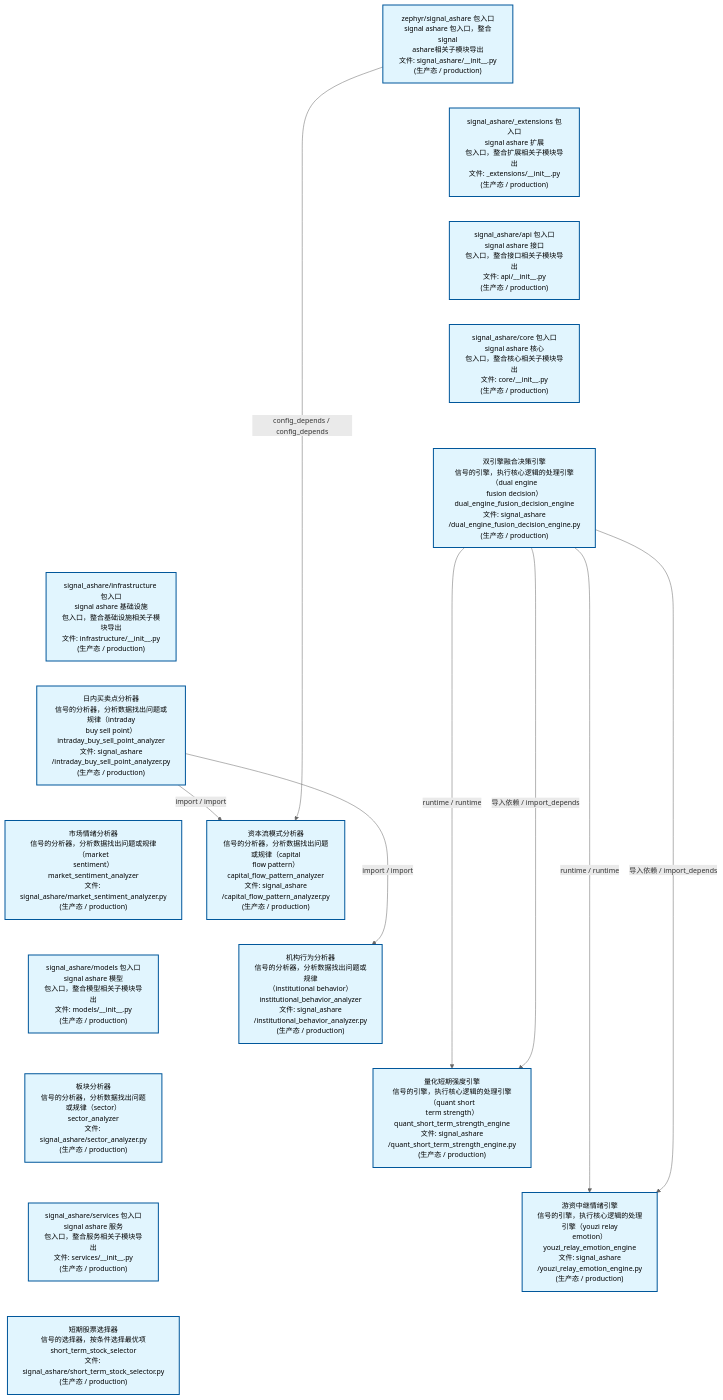
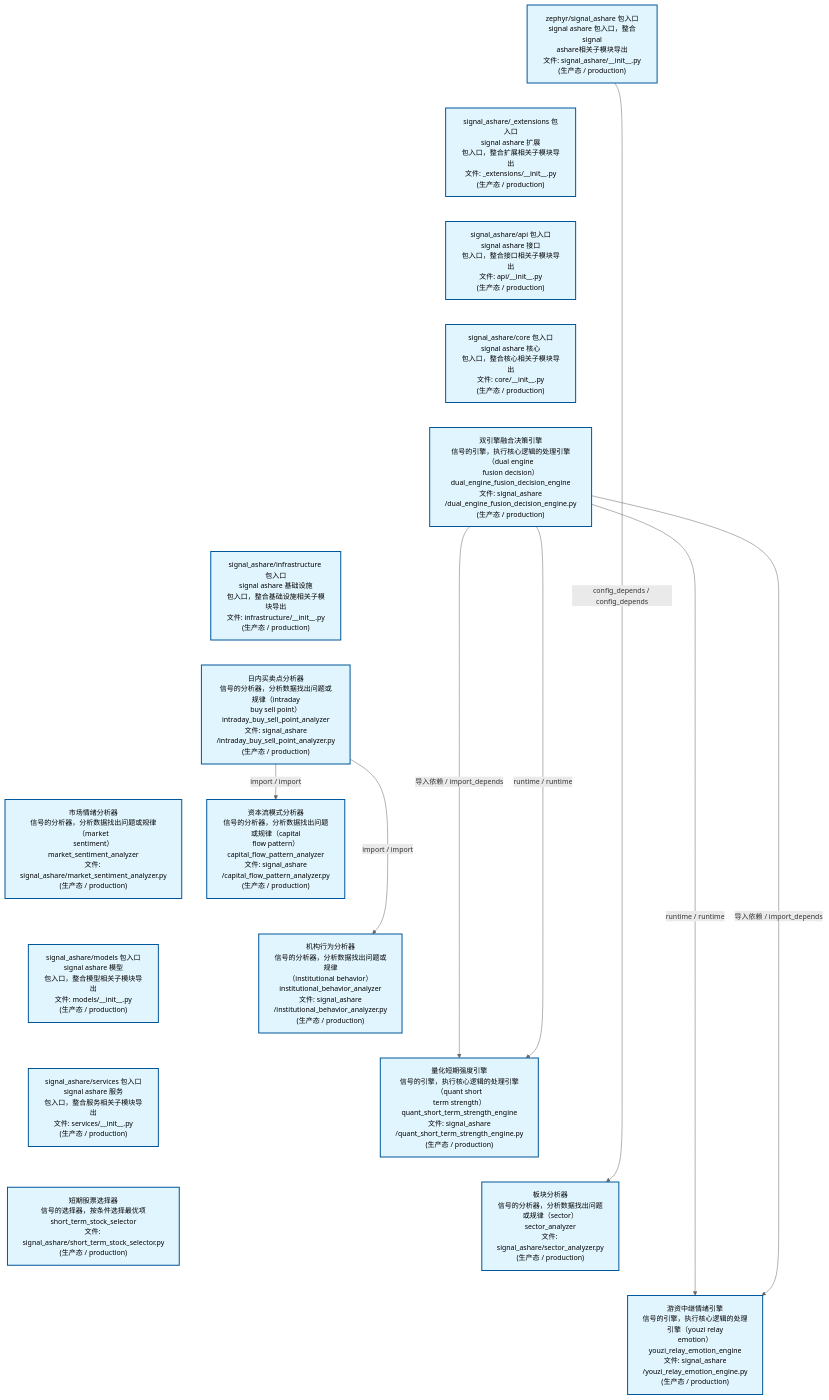
The second of 4 diagrams in docs/02_enterprise_architecture/02_domain_architecture_docs/32_d_ashare_signal.md (xuanFelixVan/ZephyrAlpha), drawn with Mermaid before and after one commit. The commit also changed other lines of this file and 50 other files, not shown here.

````diff
--- a/docs/02_enterprise_architecture/02_domain_architecture_docs/32_d_ashare_signal.md
+++ b/docs/02_enterprise_architecture/02_domain_architecture_docs/32_d_ashare_signal.md
@@ -163,46 +163,46 @@
 ```mermaid
 %%{init: {'theme': 'base', 'themeVariables': {'primaryColor': '#eaeaea', 'primaryTextColor': '#333333', 'primaryBorderColor': '#666666', 'lineColor': '#666666', 'secondaryColor': '#eaeaea', 'tertiaryColor': '#eaeaea', 'fontSize': '14px'}}}%%
 flowchart TD
     src_zephyr_signal_ashare_init_py["zephyr/signal_ashare 包入口<br/>signal ashare 包入口，整合signal<br/>ashare相关子模块导出<br/>文件: signal_ashare/__init__.py<br/>(生产态 / production)"]
     src_zephyr_signal_ashare_extensions_init_py["signal_ashare/_extensions 包入口<br/>signal ashare 扩展<br/>包入口，整合扩展相关子模块导出<br/>文件: _extensions/__init__.py<br/>(生产态 / production)"]
     src_zephyr_signal_ashare_api_init_py["signal_ashare/api 包入口<br/>signal ashare 接口<br/>包入口，整合接口相关子模块导出<br/>文件: api/__init__.py<br/>(生产态 / production)"]
     src_zephyr_signal_ashare_core_init_py["signal_ashare/core 包入口<br/>signal ashare 核心<br/>包入口，整合核心相关子模块导出<br/>文件: core/__init__.py<br/>(生产态 / production)"]
     src_zephyr_signal_ashare_dual_engine_fusion_decision_engine_py["双引擎融合决策引擎<br/>信号的引擎，执行核心逻辑的处理引擎（dual engine<br/>fusion decision）<br/>dual_engine_fusion_decision_engine<br/>文件: signal_ashare<br/>/dual_engine_fusion_decision_engine.py<br/>(生产态 / production)"]
     src_zephyr_signal_ashare_infrastructure_init_py["signal_ashare/infrastructure 包入口<br/>signal ashare 基础设施<br/>包入口，整合基础设施相关子模块导出<br/>文件: infrastructure/__init__.py<br/>(生产态 / production)"]
     src_zephyr_signal_ashare_intraday_buy_sell_point_analyzer_py["日内买卖点分析器<br/>信号的分析器，分析数据找出问题或规律（intraday<br/>buy sell point）<br/>intraday_buy_sell_point_analyzer<br/>文件: signal_ashare<br/>/intraday_buy_sell_point_analyzer.py<br/>(生产态 / production)"]
     src_zephyr_signal_ashare_market_sentiment_analyzer_py["市场情绪分析器<br/>信号的分析器，分析数据找出问题或规律（market<br/>sentiment）<br/>market_sentiment_analyzer<br/>文件: signal_ashare/market_sentiment_analyzer.py<br/>(生产态 / production)"]
     src_zephyr_signal_ashare_models_init_py["signal_ashare/models 包入口<br/>signal ashare 模型<br/>包入口，整合模型相关子模块导出<br/>文件: models/__init__.py<br/>(生产态 / production)"]
-    src_zephyr_signal_ashare_sector_analyzer_py["板块分析器<br/>信号的分析器，分析数据找出问题或规律（sector）<br/>sector_analyzer<br/>文件: signal_ashare/sector_analyzer.py<br/>(生产态 / production)"]
     src_zephyr_signal_ashare_services_init_py["signal_ashare/services 包入口<br/>signal ashare 服务<br/>包入口，整合服务相关子模块导出<br/>文件: services/__init__.py<br/>(生产态 / production)"]
     src_zephyr_signal_ashare_short_term_stock_selector_py["短期股票选择器<br/>信号的选择器，按条件选择最优项<br/>short_term_stock_selector<br/>文件: signal_ashare/short_term_stock_selector.py<br/>(生产态 / production)"]
     src_zephyr_signal_ashare_init_py ~~~ src_zephyr_signal_ashare_extensions_init_py
     src_zephyr_signal_ashare_extensions_init_py ~~~ src_zephyr_signal_ashare_api_init_py
     src_zephyr_signal_ashare_api_init_py ~~~ src_zephyr_signal_ashare_core_init_py
     src_zephyr_signal_ashare_core_init_py ~~~ src_zephyr_signal_ashare_dual_engine_fusion_decision_engine_py
     src_zephyr_signal_ashare_dual_engine_fusion_decision_engine_py ~~~ src_zephyr_signal_ashare_infrastructure_init_py
     src_zephyr_signal_ashare_infrastructure_init_py ~~~ src_zephyr_signal_ashare_intraday_buy_sell_point_analyzer_py
     src_zephyr_signal_ashare_intraday_buy_sell_point_analyzer_py ~~~ src_zephyr_signal_ashare_market_sentiment_analyzer_py
     src_zephyr_signal_ashare_market_sentiment_analyzer_py ~~~ src_zephyr_signal_ashare_models_init_py
-    src_zephyr_signal_ashare_models_init_py ~~~ src_zephyr_signal_ashare_sector_analyzer_py
-    src_zephyr_signal_ashare_sector_analyzer_py ~~~ src_zephyr_signal_ashare_services_init_py
+    src_zephyr_signal_ashare_models_init_py ~~~ src_zephyr_signal_ashare_services_init_py
     src_zephyr_signal_ashare_services_init_py ~~~ src_zephyr_signal_ashare_short_term_stock_selector_py
     src_zephyr_signal_ashare_capital_flow_pattern_analyzer_py["资本流模式分析器<br/>信号的分析器，分析数据找出问题或规律（capital<br/>flow pattern）<br/>capital_flow_pattern_analyzer<br/>文件: signal_ashare<br/>/capital_flow_pattern_analyzer.py<br/>(生产态 / production)"]
     src_zephyr_signal_ashare_institutional_behavior_analyzer_py["机构行为分析器<br/>信号的分析器，分析数据找出问题或规律<br/>（institutional behavior）<br/>institutional_behavior_analyzer<br/>文件: signal_ashare<br/>/institutional_behavior_analyzer.py<br/>(生产态 / production)"]
     src_zephyr_signal_ashare_quant_short_term_strength_engine_py["量化短期强度引擎<br/>信号的引擎，执行核心逻辑的处理引擎（quant short<br/>term strength）<br/>quant_short_term_strength_engine<br/>文件: signal_ashare<br/>/quant_short_term_strength_engine.py<br/>(生产态 / production)"]
+    src_zephyr_signal_ashare_sector_analyzer_py["板块分析器<br/>信号的分析器，分析数据找出问题或规律（sector）<br/>sector_analyzer<br/>文件: signal_ashare/sector_analyzer.py<br/>(生产态 / production)"]
     src_zephyr_signal_ashare_youzi_relay_emotion_engine_py["游资中继情绪引擎<br/>信号的引擎，执行核心逻辑的处理引擎（youzi relay<br/>emotion）<br/>youzi_relay_emotion_engine<br/>文件: signal_ashare<br/>/youzi_relay_emotion_engine.py<br/>(生产态 / production)"]
     src_zephyr_signal_ashare_capital_flow_pattern_analyzer_py ~~~ src_zephyr_signal_ashare_institutional_behavior_analyzer_py
     src_zephyr_signal_ashare_institutional_behavior_analyzer_py ~~~ src_zephyr_signal_ashare_quant_short_term_strength_engine_py
-    src_zephyr_signal_ashare_quant_short_term_strength_engine_py ~~~ src_zephyr_signal_ashare_youzi_relay_emotion_engine_py
+    src_zephyr_signal_ashare_quant_short_term_strength_engine_py ~~~ src_zephyr_signal_ashare_sector_analyzer_py
+    src_zephyr_signal_ashare_sector_analyzer_py ~~~ src_zephyr_signal_ashare_youzi_relay_emotion_engine_py
+    src_zephyr_signal_ashare_intraday_buy_sell_point_analyzer_py -->|import / import| src_zephyr_signal_ashare_institutional_behavior_analyzer_py
+    src_zephyr_signal_ashare_intraday_buy_sell_point_analyzer_py -->|import / import| src_zephyr_signal_ashare_capital_flow_pattern_analyzer_py
+    src_zephyr_signal_ashare_dual_engine_fusion_decision_engine_py -->|导入依赖 / import_depends| src_zephyr_signal_ashare_quant_short_term_strength_engine_py
     src_zephyr_signal_ashare_dual_engine_fusion_decision_engine_py -->|runtime / runtime| src_zephyr_signal_ashare_quant_short_term_strength_engine_py
-    src_zephyr_signal_ashare_dual_engine_fusion_decision_engine_py -->|导入依赖 / import_depends| src_zephyr_signal_ashare_quant_short_term_strength_engine_py
     src_zephyr_signal_ashare_dual_engine_fusion_decision_engine_py -->|runtime / runtime| src_zephyr_signal_ashare_youzi_relay_emotion_engine_py
     src_zephyr_signal_ashare_dual_engine_fusion_decision_engine_py -->|导入依赖 / import_depends| src_zephyr_signal_ashare_youzi_relay_emotion_engine_py
-    src_zephyr_signal_ashare_intraday_buy_sell_point_analyzer_py -->|import / import| src_zephyr_signal_ashare_capital_flow_pattern_analyzer_py
-    src_zephyr_signal_ashare_intraday_buy_sell_point_analyzer_py -->|import / import| src_zephyr_signal_ashare_institutional_behavior_analyzer_py
-    src_zephyr_signal_ashare_init_py -->|config_depends / config_depends| src_zephyr_signal_ashare_capital_flow_pattern_analyzer_py
+    src_zephyr_signal_ashare_init_py -->|config_depends / config_depends| src_zephyr_signal_ashare_sector_analyzer_py
     classDef production fill:#e1f5fe,stroke:#01579b,stroke-width:2px,color:#000
     classDef design fill:#fff3e0,stroke:#e65100,stroke-width:2px,color:#000,stroke-dasharray: 5 5
     classDef external_prod fill:#e8f4fd,stroke:#0277bd,stroke-width:1px,color:#000
     classDef external_design fill:#fff8e7,stroke:#ef6c00,stroke-width:1px,color:#000,stroke-dasharray: 5 5
     class src_zephyr_signal_ashare_init_py,src_zephyr_signal_ashare_extensions_init_py,src_zephyr_signal_ashare_api_init_py,src_zephyr_signal_ashare_capital_flow_pattern_analyzer_py,src_zephyr_signal_ashare_core_init_py,src_zephyr_signal_ashare_dual_engine_fusion_decision_engine_py,src_zephyr_signal_ashare_infrastructure_init_py,src_zephyr_signal_ashare_institutional_behavior_analyzer_py,src_zephyr_signal_ashare_intraday_buy_sell_point_analyzer_py,src_zephyr_signal_ashare_market_sentiment_analyzer_py,src_zephyr_signal_ashare_models_init_py,src_zephyr_signal_ashare_quant_short_term_strength_engine_py,src_zephyr_signal_ashare_sector_analyzer_py,src_zephyr_signal_ashare_services_init_py,src_zephyr_signal_ashare_short_term_stock_selector_py,src_zephyr_signal_ashare_youzi_relay_emotion_engine_py production
 ```
````
